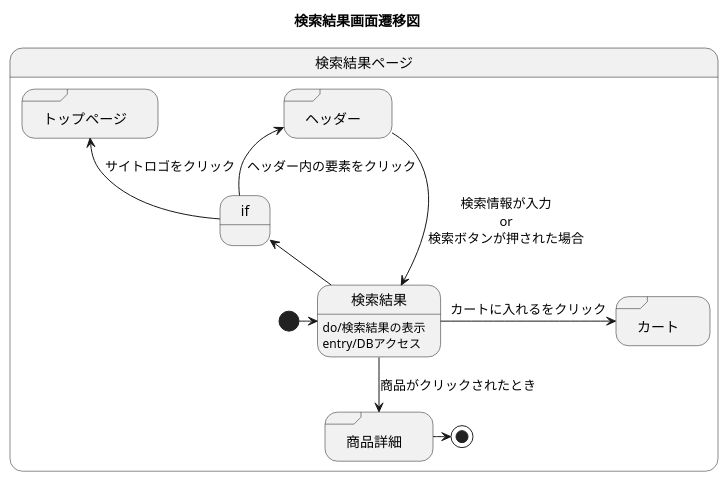
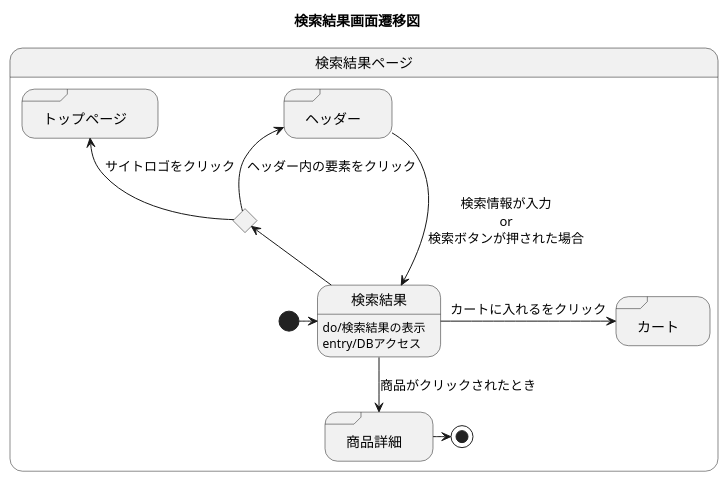
One commit to akutori/T-D-E changed the diagram in 検索結果修正.md. Above: the diagram before and after it, drawn with PlantUML.

Commit message:
修正

````diff
--- a/検索結果修正.md
+++ b/検索結果修正.md
@@ -1,24 +1,24 @@
 ```uml
 @startuml
 title 検索結果画面遷移図
 state 検索結果ページ{
 
     state 検索結果:do/検索結果の表示
     state 検索結果:entry/DBアクセス
     state "商品詳細" as goodsdetail <<sdlreceive>>
     state "ヘッダー" as headder <<sdlreceive>>
     state "トップページ" as main <<sdlreceive>>
     state "カート" as cart <<sdlreceive>>
-    state if <<choise>>
+    state if <<choice>>
 
     [*] -> 検索結果
     検索結果 --> goodsdetail :商品がクリックされたとき
     headder --> 検索結果 :検索情報が入力\nor\n検索ボタンが押された場合
     検索結果 -> cart : カートに入れるをクリック
     検索結果-up->if 
     if-up->headder : ヘッダー内の要素をクリック
     if -up-> main :サイトロゴをクリック
     goodsdetail -> [*]
 }
 @enduml
 ```
````
